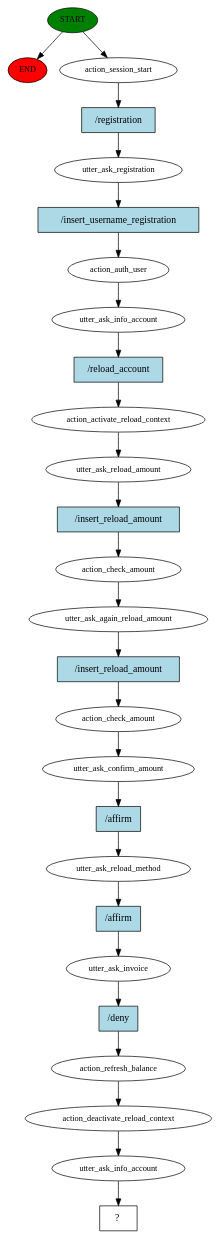
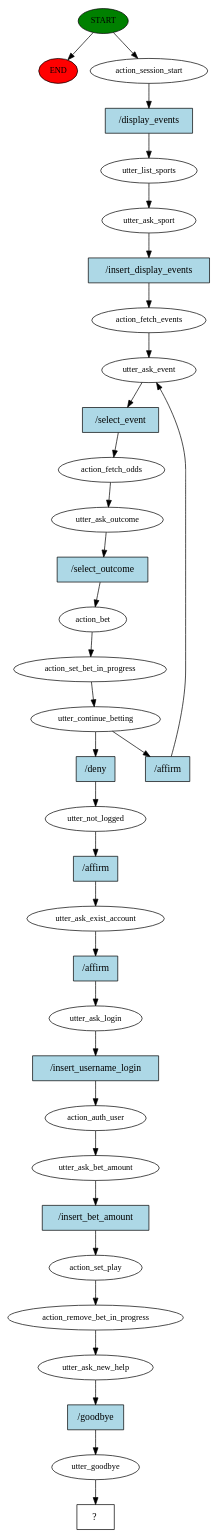
One commit to MarcoCarraro-1/BetBot changed the diagram in story_graph.dot. Above: the diagram before and after it, drawn with Graphviz. The commit also changed 50 other files, not shown here.

Commit message:
Little improvement on insert amount in different cases

```diff
--- a/story_graph.dot
+++ b/story_graph.dot
@@ -1,53 +1,68 @@
 digraph  {
 0 [class="start active", fillcolor=green, fontsize=12, label=START, style=filled];
 "-1" [class=end, fillcolor=red, fontsize=12, label=END, style=filled];
 1 [class=active, fontsize=12, label=action_session_start];
-2 [class=active, fontsize=12, label=utter_ask_registration];
-3 [class=active, fontsize=12, label=action_auth_user];
-4 [class=active, fontsize=12, label=utter_ask_info_account];
-5 [class=active, fontsize=12, label=action_activate_reload_context];
-6 [class=active, fontsize=12, label=utter_ask_reload_amount];
-7 [class=active, fontsize=12, label=action_check_amount];
-8 [class=active, fontsize=12, label=utter_ask_again_reload_amount];
-9 [class=active, fontsize=12, label=action_check_amount];
-10 [class=active, fontsize=12, label=utter_ask_confirm_amount];
-11 [class=active, fontsize=12, label=utter_ask_reload_method];
-12 [class=active, fontsize=12, label=utter_ask_invoice];
-13 [class=active, fontsize=12, label=action_refresh_balance];
-14 [class=active, fontsize=12, label=action_deactivate_reload_context];
-15 [class=active, fontsize=12, label=utter_ask_info_account];
-16 [class="intent dashed active", label="  ?  ", shape=rect];
-17 [class="intent active", fillcolor=lightblue, label="/registration", shape=rect, style=filled];
-18 [class="intent active", fillcolor=lightblue, label="/insert_username_registration", shape=rect, style=filled];
-19 [class="intent active", fillcolor=lightblue, label="/reload_account", shape=rect, style=filled];
-20 [class="intent active", fillcolor=lightblue, label="/insert_reload_amount", shape=rect, style=filled];
-21 [class="intent active", fillcolor=lightblue, label="/insert_reload_amount", shape=rect, style=filled];
-22 [class="intent active", fillcolor=lightblue, label="/affirm", shape=rect, style=filled];
-23 [class="intent active", fillcolor=lightblue, label="/affirm", shape=rect, style=filled];
-24 [class="intent active", fillcolor=lightblue, label="/deny", shape=rect, style=filled];
+2 [class=active, fontsize=12, label=utter_list_sports];
+3 [class=active, fontsize=12, label=utter_ask_sport];
+4 [class=active, fontsize=12, label=action_fetch_events];
+5 [class=active, fontsize=12, label=utter_ask_event];
+6 [class=active, fontsize=12, label=action_fetch_odds];
+7 [class=active, fontsize=12, label=utter_ask_outcome];
+8 [class=active, fontsize=12, label=action_bet];
+9 [class=active, fontsize=12, label=action_set_bet_in_progress];
+10 [class=active, fontsize=12, label=utter_continue_betting];
+17 [class=active, fontsize=12, label=utter_not_logged];
+18 [class=active, fontsize=12, label=utter_ask_exist_account];
+19 [class=active, fontsize=12, label=utter_ask_login];
+20 [class=active, fontsize=12, label=action_auth_user];
+21 [class=active, fontsize=12, label=utter_ask_bet_amount];
+22 [class=active, fontsize=12, label=action_set_play];
+23 [class=active, fontsize=12, label=action_remove_bet_in_progress];
+24 [class=active, fontsize=12, label=utter_ask_new_help];
+25 [class=active, fontsize=12, label=utter_goodbye];
+26 [class="intent dashed active", label="  ?  ", shape=rect];
+27 [class="intent active", fillcolor=lightblue, label="/display_events", shape=rect, style=filled];
+28 [class="intent active", fillcolor=lightblue, label="/insert_display_events", shape=rect, style=filled];
+29 [class="intent active", fillcolor=lightblue, label="/select_event", shape=rect, style=filled];
+30 [class="intent active", fillcolor=lightblue, label="/select_outcome", shape=rect, style=filled];
+31 [class="intent active", fillcolor=lightblue, label="/affirm", shape=rect, style=filled];
+32 [class="intent active", fillcolor=lightblue, label="/deny", shape=rect, style=filled];
+33 [class="intent active", fillcolor=lightblue, label="/affirm", shape=rect, style=filled];
+34 [class="intent active", fillcolor=lightblue, label="/affirm", shape=rect, style=filled];
+35 [class="intent active", fillcolor=lightblue, label="/insert_username_login", shape=rect, style=filled];
+36 [class="intent active", fillcolor=lightblue, label="/insert_bet_amount", shape=rect, style=filled];
+37 [class="intent active", fillcolor=lightblue, label="/goodbye", shape=rect, style=filled];
 0 -> "-1"  [class="", key=NONE, label=""];
 0 -> 1  [class=active, key=NONE, label=""];
-1 -> 17  [class=active, key=0];
-2 -> 18  [class=active, key=0];
-3 -> 4  [class=active, key=NONE, label=""];
-4 -> 19  [class=active, key=0];
-5 -> 6  [class=active, key=NONE, label=""];
-6 -> 20  [class=active, key=0];
-7 -> 8  [class=active, key=NONE, label=""];
-8 -> 21  [class=active, key=0];
+1 -> 27  [class=active, key=0];
+2 -> 3  [class=active, key=NONE, label=""];
+3 -> 28  [class=active, key=0];
+4 -> 5  [class=active, key=NONE, label=""];
+5 -> 29  [class=active, key=0];
+6 -> 7  [class=active, key=NONE, label=""];
+7 -> 30  [class=active, key=0];
+8 -> 9  [class=active, key=NONE, label=""];
 9 -> 10  [class=active, key=NONE, label=""];
-10 -> 22  [class=active, key=0];
-11 -> 23  [class=active, key=0];
-12 -> 24  [class=active, key=0];
-13 -> 14  [class=active, key=NONE, label=""];
-14 -> 15  [class=active, key=NONE, label=""];
-15 -> 16  [class=active, key=NONE, label=""];
-17 -> 2  [class=active, key=0];
-18 -> 3  [class=active, key=0];
-19 -> 5  [class=active, key=0];
-20 -> 7  [class=active, key=0];
-21 -> 9  [class=active, key=0];
-22 -> 11  [class=active, key=0];
-23 -> 12  [class=active, key=0];
-24 -> 13  [class=active, key=0];
+10 -> 31  [class=active, key=0];
+10 -> 32  [class=active, key=0];
+17 -> 33  [class=active, key=0];
+18 -> 34  [class=active, key=0];
+19 -> 35  [class=active, key=0];
+20 -> 21  [class=active, key=NONE, label=""];
+21 -> 36  [class=active, key=0];
+22 -> 23  [class=active, key=NONE, label=""];
+23 -> 24  [class=active, key=NONE, label=""];
+24 -> 37  [class=active, key=0];
+25 -> 26  [class=active, key=NONE, label=""];
+27 -> 2  [class=active, key=0];
+28 -> 4  [class=active, key=0];
+29 -> 6  [class=active, key=0];
+30 -> 8  [class=active, key=0];
+31 -> 5  [class=active, key=0];
+32 -> 17  [class=active, key=0];
+33 -> 18  [class=active, key=0];
+34 -> 19  [class=active, key=0];
+35 -> 20  [class=active, key=0];
+36 -> 22  [class=active, key=0];
+37 -> 25  [class=active, key=0];
 }
```
